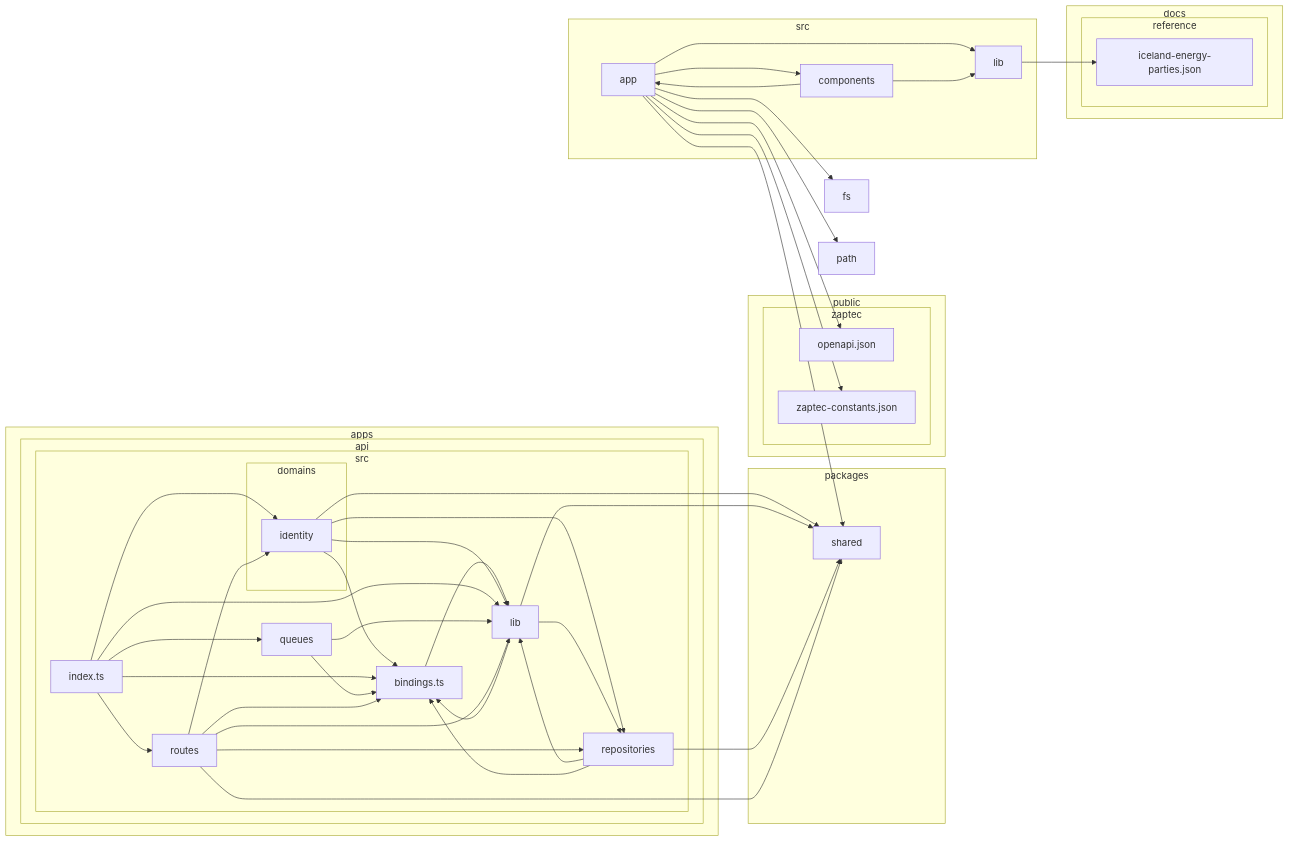
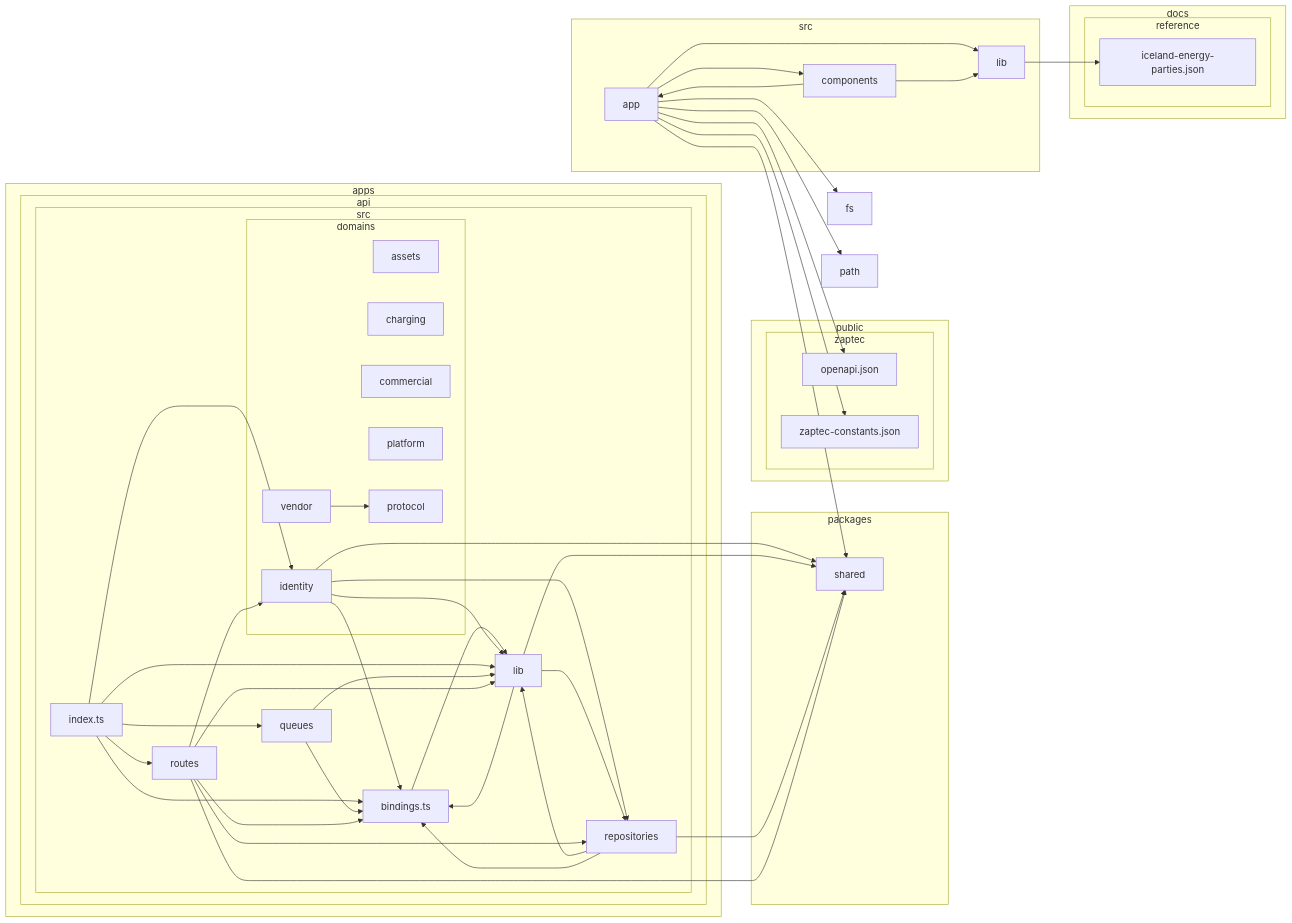
Before and after one commit to andri187/Straumvakt: the diagram in docs/architecture/dependency-graph.md, drawn with Mermaid. The commit also changed 9 other files, not shown here.

````diff
--- a/docs/architecture/dependency-graph.md
+++ b/docs/architecture/dependency-graph.md
@@ -25,73 +25,80 @@
 ```mermaid
 flowchart LR
 
 subgraph 0["apps"]
 subgraph 1["api"]
 subgraph 2["src"]
 3["bindings.ts"]
 subgraph 4["domains"]
-5["identity"]
+5["assets"]
+6["charging"]
+7["commercial"]
+8["identity"]
+9["platform"]
+A["protocol"]
+B["vendor"]
 end
-6["index.ts"]
-7["lib"]
-8["queues"]
-9["repositories"]
-A["routes"]
+C["index.ts"]
+D["lib"]
+E["queues"]
+F["repositories"]
+G["routes"]
 end
 end
 end
-subgraph B["docs"]
-subgraph C["reference"]
-D["iceland-energy-parties.json"]
+subgraph H["docs"]
+subgraph I["reference"]
+J["iceland-energy-parties.json"]
 end
 end
-E["fs"]
-subgraph F["packages"]
-G["shared"]
+K["fs"]
+subgraph L["packages"]
+M["shared"]
 end
-H["path"]
-subgraph I["public"]
-subgraph J["zaptec"]
-K["openapi.json"]
-L["zaptec-constants.json"]
+N["path"]
+subgraph O["public"]
+subgraph P["zaptec"]
+Q["openapi.json"]
+R["zaptec-constants.json"]
 end
 end
-subgraph M["src"]
-N["app"]
-O["components"]
-P["lib"]
+subgraph S["src"]
+T["app"]
+U["components"]
+V["lib"]
 end
-3-->7
-5-->7
-5-->G
-5-->3
-5-->9
-6-->3
-6-->5
-6-->7
-6-->8
-6-->A
-7-->3
-7-->G
-7-->9
+3-->D
+8-->D
+8-->M
 8-->3
-8-->7
-9-->7
-9-->G
-9-->3
-A-->3
-A-->7
-A-->9
-A-->G
-A-->5
-N-->O
-N-->P
-N-->G
-N-->E
-N-->H
-N-->K
-N-->L
-O-->P
-O-->N
-P-->D
+8-->F
+B-->A
+C-->3
+C-->8
+C-->D
+C-->E
+C-->G
+D-->3
+D-->M
+D-->F
+E-->3
+E-->D
+F-->D
+F-->M
+F-->3
+G-->3
+G-->D
+G-->F
+G-->M
+G-->8
+T-->U
+T-->V
+T-->M
+T-->K
+T-->N
+T-->Q
+T-->R
+U-->V
+U-->T
+V-->J
 ```
````
